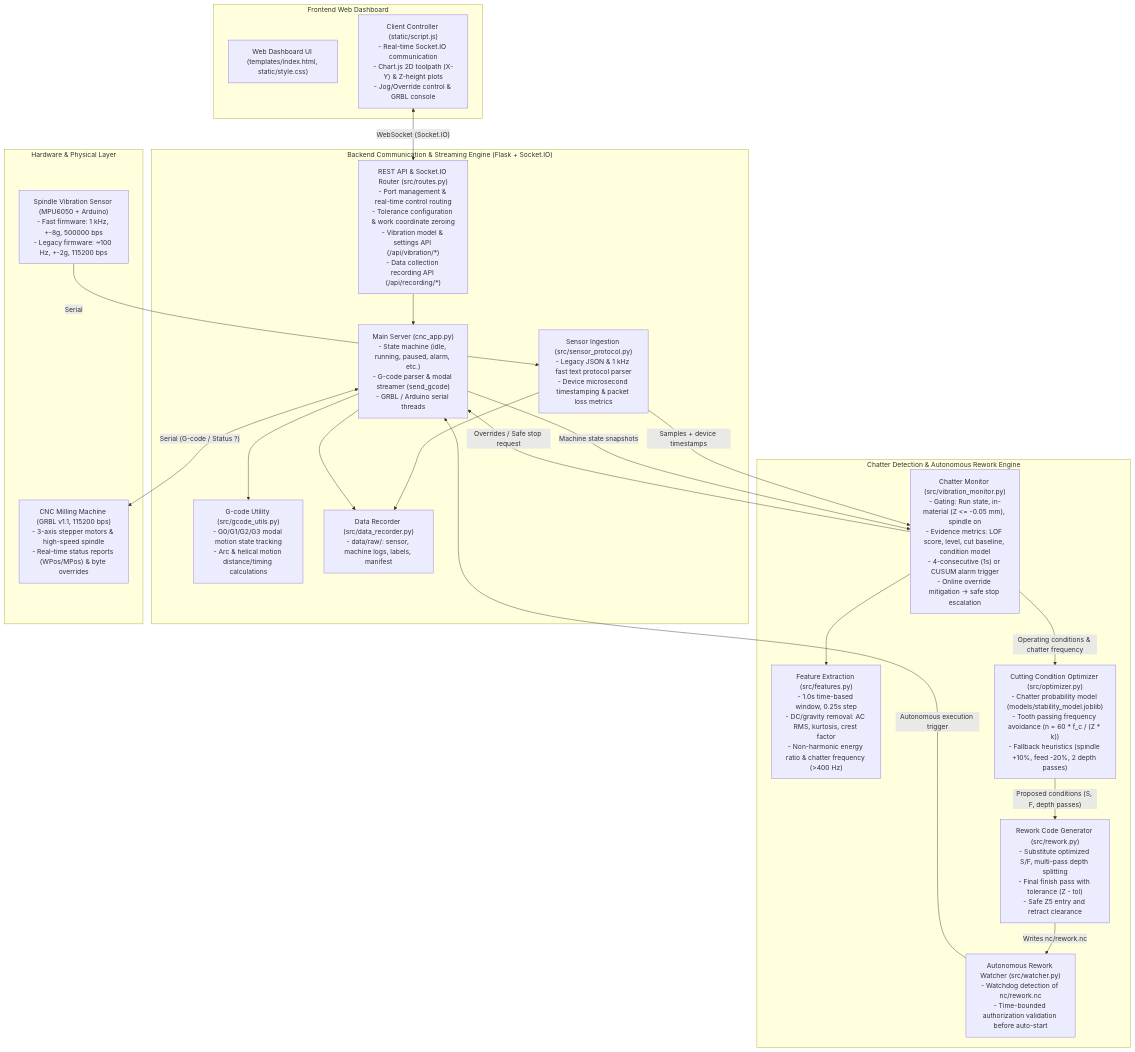
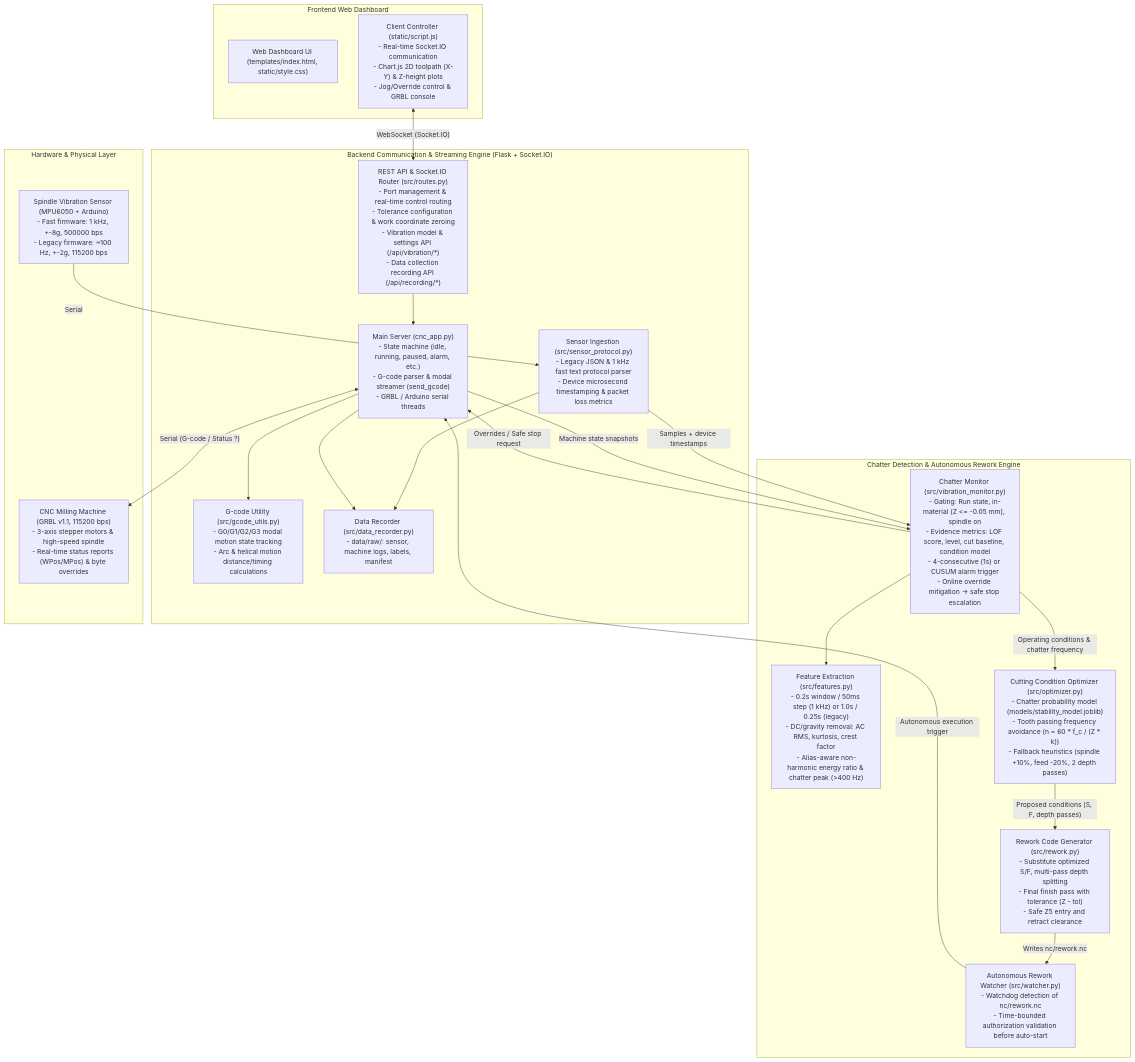
Before and after one commit to OrcusExtreme/VibraLoop: the first of 3 diagrams in README.md, drawn with Mermaid. The commit also changed other lines of this file and 14 other files, not shown here.

````diff
--- a/README.md
+++ b/README.md
@@ -14,44 +14,44 @@
 ```mermaid
 flowchart TB
     subgraph Frontend ["Frontend Web Dashboard"]
         UI["Web Dashboard UI (templates/index.html, static/style.css)"]
         JS["Client Controller (static/script.js)\n- Real-time Socket.IO communication\n- Chart.js 2D toolpath (X-Y) & Z-height plots\n- Jog/Override control & GRBL console"]
     end
 
     subgraph Backend ["Backend Communication & Streaming Engine (Flask + Socket.IO)"]
         App["Main Server (cnc_app.py)\n- State machine (idle, running, paused, alarm, etc.)\n- G-code parser & modal streamer (send_gcode)\n- GRBL / Arduino serial threads"]
         Routes["REST API & Socket.IO Router (src/routes.py)\n- Port management & real-time control routing\n- Tolerance configuration & work coordinate zeroing\n- Vibration model & settings API (/api/vibration/*)\n- Data collection recording API (/api/recording/*)"]
         GCodeUtil["G-code Utility (src/gcode_utils.py)\n- G0/G1/G2/G3 modal motion state tracking\n- Arc & helical motion distance/timing calculations"]
         Sensor["Sensor Ingestion (src/sensor_protocol.py)\n- Legacy JSON & 1 kHz fast text protocol parser\n- Device microsecond timestamping & packet loss metrics"]
         Rec["Data Recorder (src/data_recorder.py)\n- data/raw/: sensor, machine logs, labels, manifest"]
     end
 
     subgraph Intelligence ["Chatter Detection & Autonomous Rework Engine"]
-        Feat["Feature Extraction (src/features.py)\n- 1.0s time-based window, 0.25s step\n- DC/gravity removal: AC RMS, kurtosis, crest factor\n- Non-harmonic energy ratio & chatter frequency (>400 Hz)"]
+        Feat["Feature Extraction (src/features.py)\n- 0.2s window / 50ms step (1 kHz) or 1.0s / 0.25s (legacy)\n- DC/gravity removal: AC RMS, kurtosis, crest factor\n- Alias-aware non-harmonic energy ratio & chatter peak (>400 Hz)"]
         VMon["Chatter Monitor (src/vibration_monitor.py)\n- Gating: Run state, in-material (Z <= -0.05 mm), spindle on\n- Evidence metrics: LOF score, level, cut baseline, condition model\n- 4-consecutive (1s) or CUSUM alarm trigger\n- Online override mitigation -> safe stop escalation"]
         Opt["Cutting Condition Optimizer (src/optimizer.py)\n- Chatter probability model (models/stability_model.joblib)\n- Tooth passing frequency avoidance (n = 60 * f_c / (Z * k))\n- Fallback heuristics (spindle +10%, feed -20%, 2 depth passes)"]
         Rework["Rework Code Generator (src/rework.py)\n- Substitute optimized S/F, multi-pass depth splitting\n- Final finish pass with tolerance (Z - tol)\n- Safe Z5 entry and retract clearance"]
         Watcher["Autonomous Rework Watcher (src/watcher.py)\n- Watchdog detection of nc/rework.nc\n- Time-bounded authorization validation before auto-start"]
     end
 
     subgraph Hardware ["Hardware & Physical Layer"]
         GRBL["CNC Milling Machine (GRBL v1.1, 115200 bps)\n- 3-axis stepper motors & high-speed spindle\n- Real-time status reports (WPos/MPos) & byte overrides"]
         Arduino["Spindle Vibration Sensor (MPU6050 + Arduino)\n- Fast firmware: 1 kHz, +-8g, 500000 bps\n- Legacy firmware: ~100 Hz, +-2g, 115200 bps"]
     end
 
     JS <-->|"WebSocket (Socket.IO)"| Routes
     Routes --> App
     App --> GCodeUtil
     App <-->|"Serial (G-code / Status ?)"| GRBL
     Arduino -->|"Serial"| Sensor
     Sensor -->|"Samples + device timestamps"| VMon
     Sensor --> Rec
     App -->|"Machine state snapshots"| VMon
     App --> Rec
     VMon --> Feat
     VMon -->|"Overrides / Safe stop request"| App
     VMon -->|"Operating conditions & chatter frequency"| Opt
     Opt -->|"Proposed conditions (S, F, depth passes)"| Rework
     Rework -->|"Writes nc/rework.nc"| Watcher
     Watcher -->|"Autonomous execution trigger"| App
 ```
````
